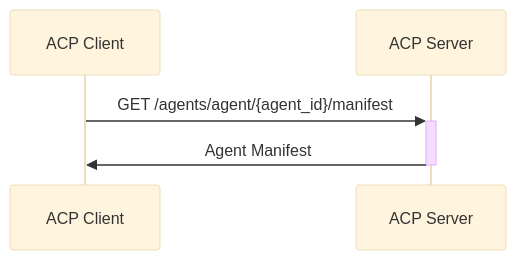
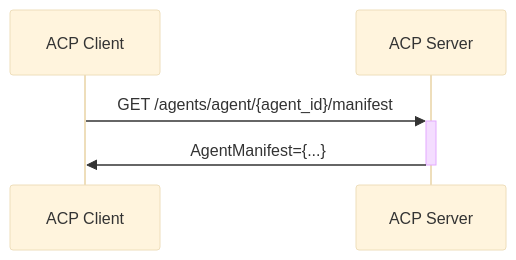
One commit to agntcy/acp-spec changed the third of 4 diagrams in docs/README.md. Above: the diagram before and after it, drawn with Mermaid (base theme). The commit also changed other lines of this file, not shown here.

````diff
--- a/docs/README.md
+++ b/docs/README.md
@@ -46,7 +43,7 @@
 ```mermaid
 sequenceDiagram
     participant C as ACP Client
     participant S as ACP Server
     C->>+S: GET /agents/agent/{agent_id}/manifest
-    S->>-C: Agent Manifest
+    S->>-C: AgentManifest={...}
 ```
````
